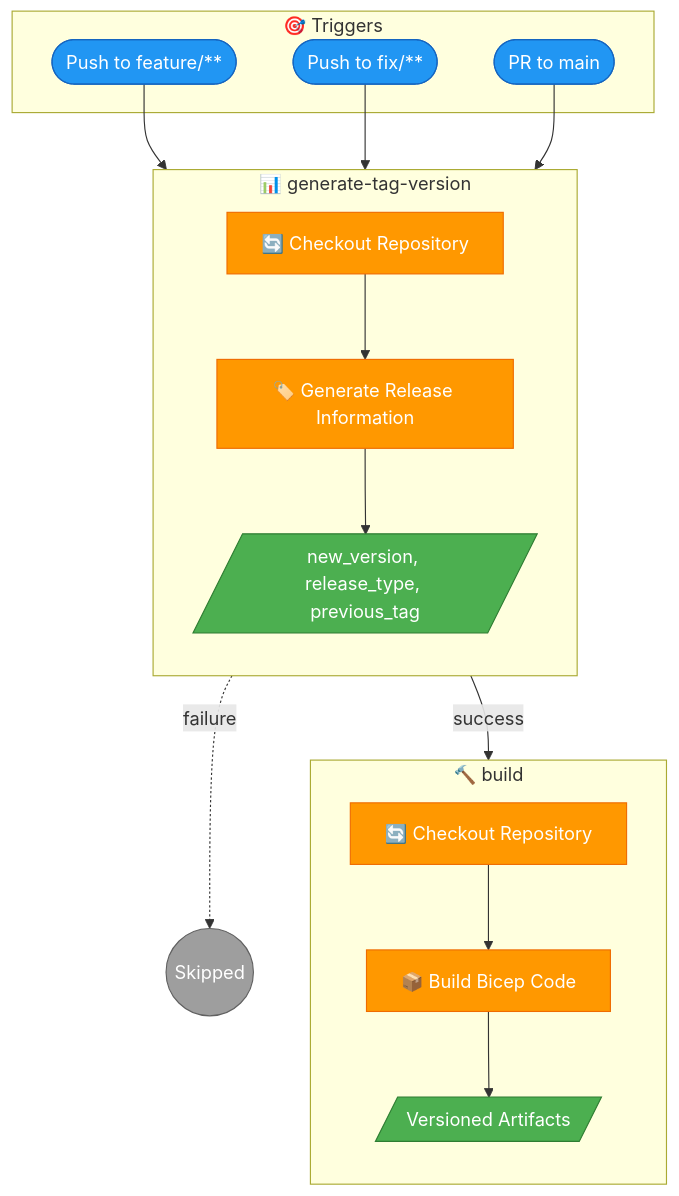
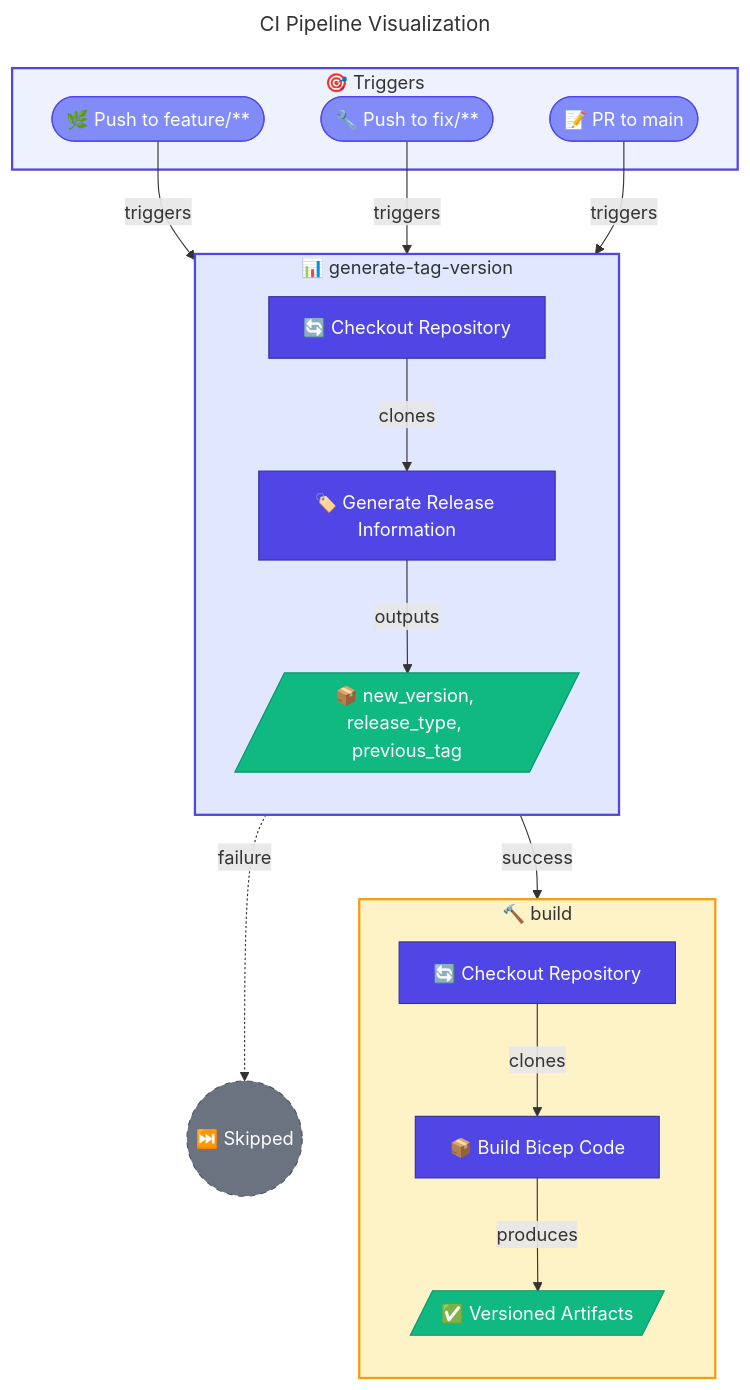
The diagram in docs/devops/ci.md (Evilazaro/DevExp-DevBox), drawn with Mermaid before and after one commit. The commit also changed 2 other files, not shown here.

Commit message:
Enhance CI, Deploy, and Release documentation by improving pipeline visualizations with clearer labels, emojis, and refined connections for better clarity and navigation.

````diff
--- a/docs/devops/ci.md
+++ b/docs/devops/ci.md
@@ -57,38 +57,52 @@
 ```mermaid
+---
+title: CI Pipeline Visualization
+---
 flowchart TD
-    subgraph "🎯 Triggers"
-        T1([Push to feature/**])
-        T2([Push to fix/**])
-        T3([PR to main])
+    %% ===== TRIGGERS =====
+    subgraph Triggers["🎯 Triggers"]
+        T1(["🌿 Push to feature/**"])
+        T2(["🔧 Push to fix/**"])
+        T3(["📝 PR to main"])
     end
 
-    subgraph "📊 generate-tag-version"
+    %% ===== GENERATE TAG VERSION JOB =====
+    subgraph GenerateTag["📊 generate-tag-version"]
         direction TB
         GTV1["🔄 Checkout Repository"]
         GTV2["🏷️ Generate Release Information"]
-        GTV3[/"new_version, release_type, previous_tag"/]
-        GTV1 --> GTV2 --> GTV3
+        GTV3[/"📦 new_version, release_type, previous_tag"/]
+        GTV1 -->|clones| GTV2 -->|outputs| GTV3
     end
 
-    subgraph "🔨 build"
+    %% ===== BUILD JOB =====
+    subgraph Build["🔨 build"]
         direction TB
         B1["🔄 Checkout Repository"]
         B2["📦 Build Bicep Code"]
-        B3[/"Versioned Artifacts"/]
-        B1 --> B2 --> B3
+        B3[/"✅ Versioned Artifacts"/]
+        B1 -->|clones| B2 -->|produces| B3
     end
 
-    T1 & T2 & T3 --> GTV1
-    GTV3 --> |"success"| B1
-    GTV3 -.-> |"failure"| SKIP((Skipped))
+    %% ===== CONNECTIONS =====
+    T1 & T2 & T3 -->|triggers| GTV1
+    GTV3 -->|success| B1
+    GTV3 -.->|failure| SKIP((⏭️ Skipped))
 
-    classDef trigger fill:#2196F3,stroke:#1565C0,color:#fff
-    classDef build fill:#FF9800,stroke:#EF6C00,color:#fff
-    classDef artifact fill:#4CAF50,stroke:#2E7D32,color:#fff
-    classDef skip fill:#9E9E9E,stroke:#616161,color:#fff
+    %% ===== STYLES =====
+    classDef trigger fill:#818CF8,stroke:#4F46E5,color:#FFFFFF
+    classDef primary fill:#4F46E5,stroke:#3730A3,color:#FFFFFF
+    classDef secondary fill:#10B981,stroke:#059669,color:#FFFFFF
+    classDef datastore fill:#F59E0B,stroke:#D97706,color:#000000
+    classDef external fill:#6B7280,stroke:#4B5563,color:#FFFFFF,stroke-dasharray:5 5
 
     class T1,T2,T3 trigger
-    class GTV1,GTV2,B1,B2 build
-    class GTV3,B3 artifact
-    class SKIP skip
+    class GTV1,GTV2,B1,B2 primary
+    class GTV3,B3 secondary
+    class SKIP external
+    
+    %% ===== SUBGRAPH STYLES =====
+    style Triggers fill:#EEF2FF,stroke:#4F46E5,stroke-width:2px
+    style GenerateTag fill:#E0E7FF,stroke:#4F46E5,stroke-width:2px
+    style Build fill:#FEF3C7,stroke:#F59E0B,stroke-width:2px
 ```
````
